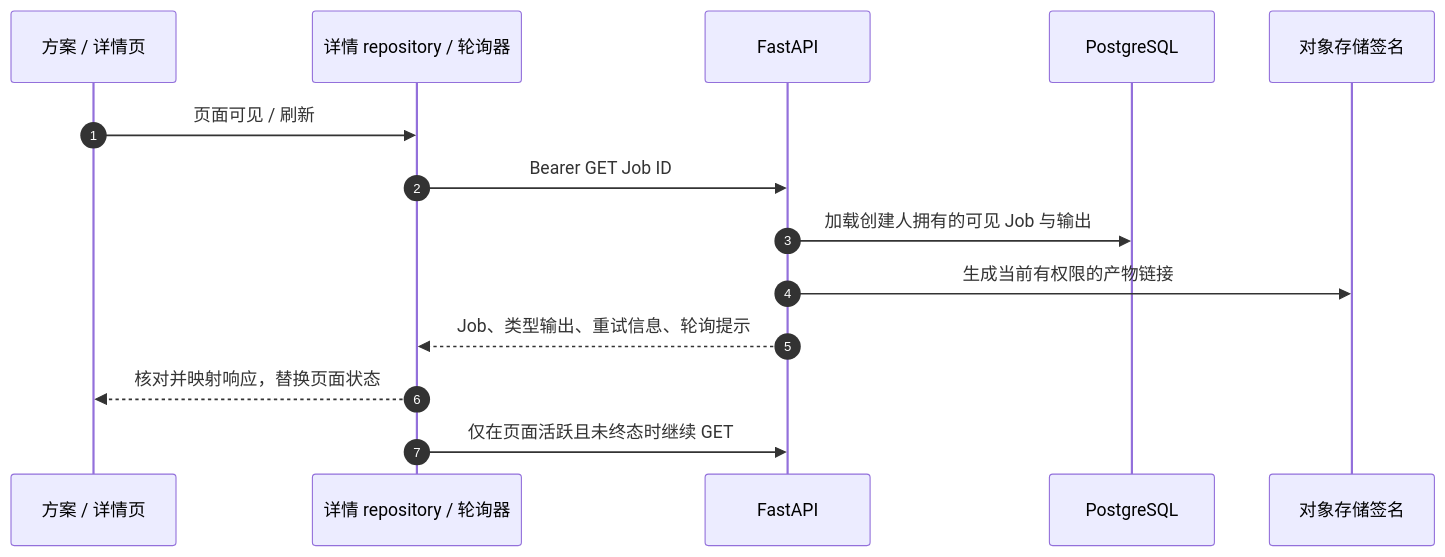
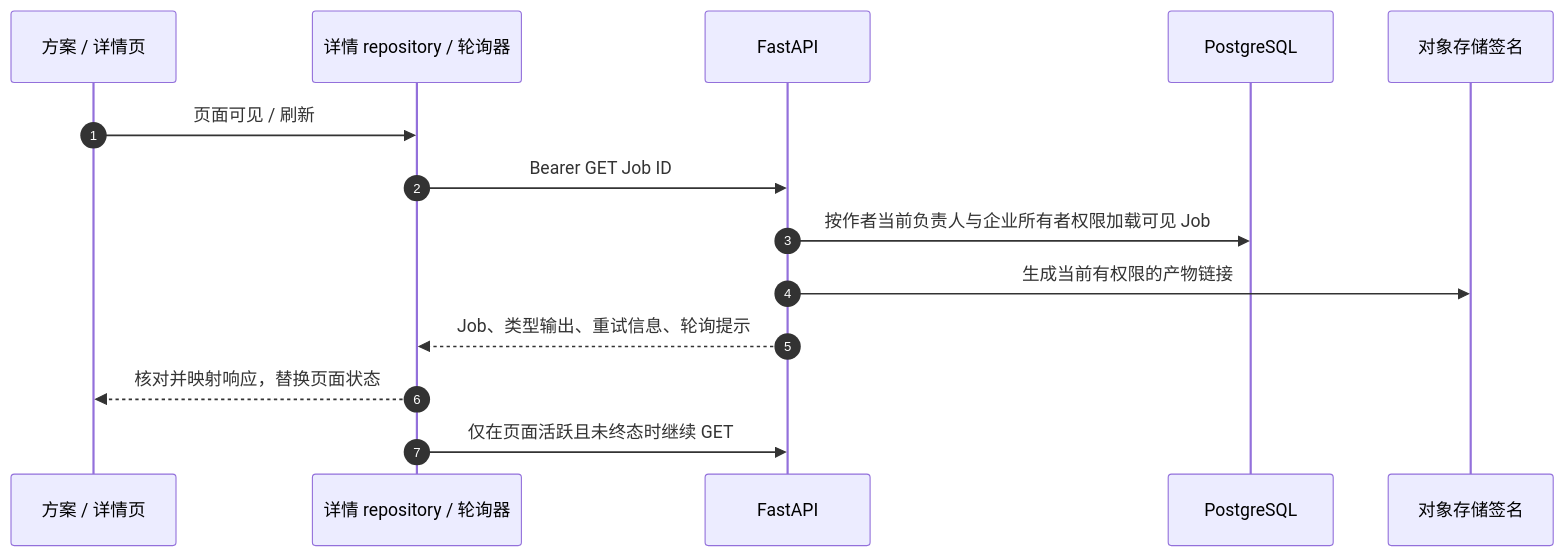
Before and after one commit to Orientation-CD/docs: the first of 2 diagrams in zh/reference/flows/workflow-history-flow.md, drawn with Mermaid. The commit also changed other lines of this file and 203 other files, not shown here.

````diff
--- a/zh/reference/flows/workflow-history-flow.md
+++ b/zh/reference/flows/workflow-history-flow.md
@@ -7,16 +7,16 @@
 ```mermaid
 sequenceDiagram
   autonumber
   participant P as 方案 / 详情页
   participant R as 详情 repository / 轮询器
   participant A as FastAPI
   participant DB as PostgreSQL
   participant O as 对象存储签名
   P->>R: 页面可见 / 刷新
   R->>A: Bearer GET Job ID
-  A->>DB: 加载创建人拥有的可见 Job 与输出
+  A->>DB: 按作者当前负责人与企业所有者权限加载可见 Job
   A->>O: 生成当前有权限的产物链接
   A-->>R: Job、类型输出、重试信息、轮询提示
   R-->>P: 核对并映射响应，替换页面状态
   R->>A: 仅在页面活跃且未终态时继续 GET
 ```
````
